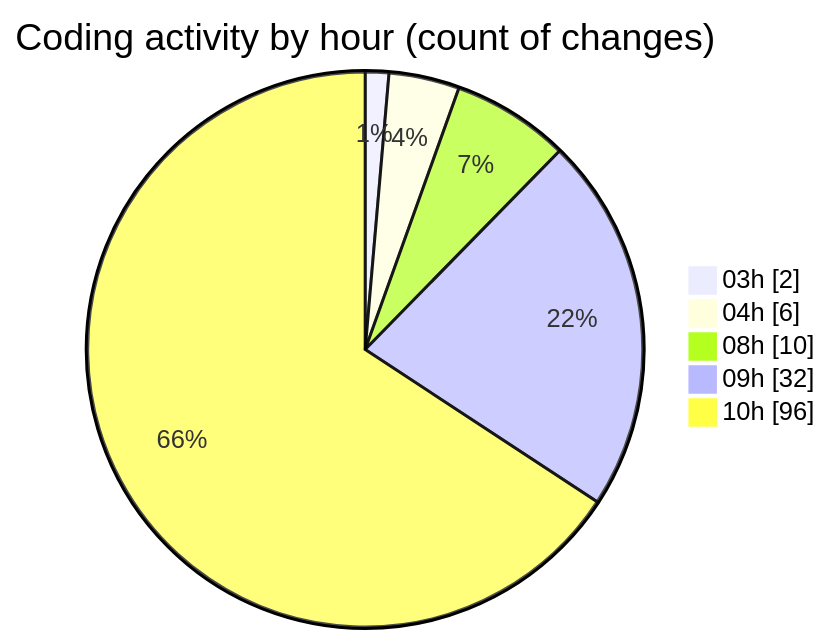
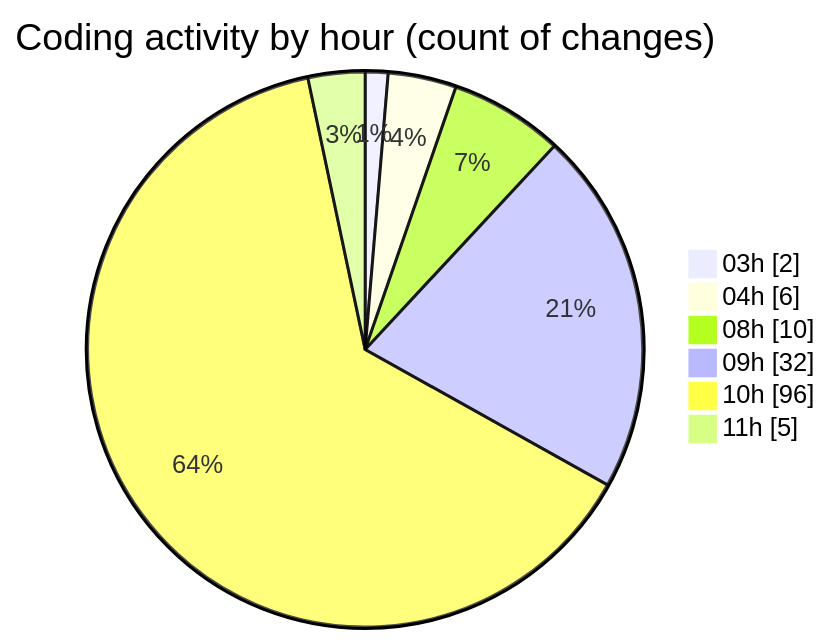
The second of 2 diagrams in 2026-02-07/singularitybrainai/README.md (tmsrecording-cyber/code-tracking), drawn with Mermaid before and after one commit. The commit also changed other lines of this file and 1 other file, not shown here.

````diff
--- a/2026-02-07/singularitybrainai/README.md
+++ b/2026-02-07/singularitybrainai/README.md
@@ -49,9 +49,10 @@
 ```mermaid
 pie showData
 title Coding activity by hour (count of changes)
 "03h" : 2
 "04h" : 6
 "08h" : 10
 "09h" : 32
 "10h" : 96
+"11h" : 5
 ```
````
